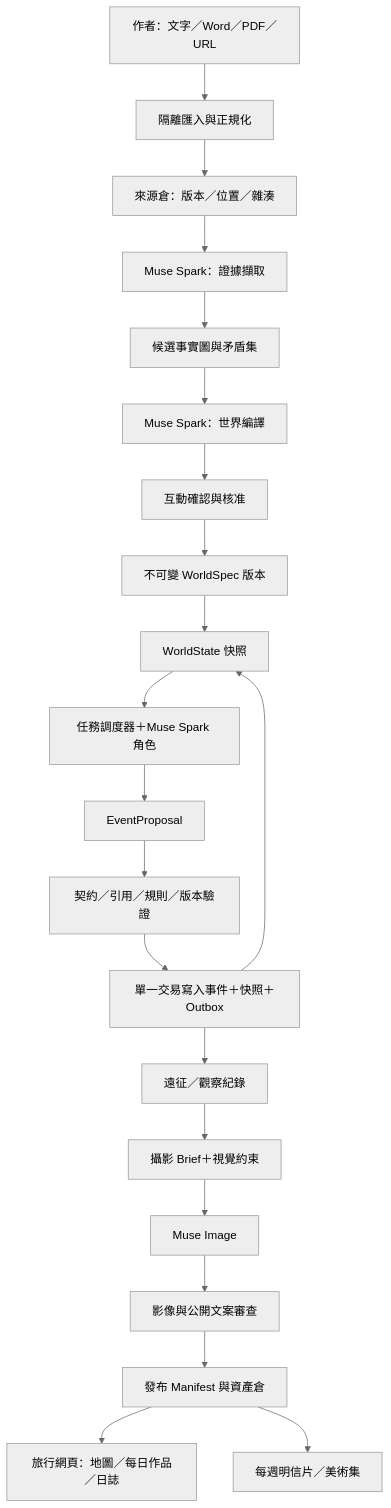
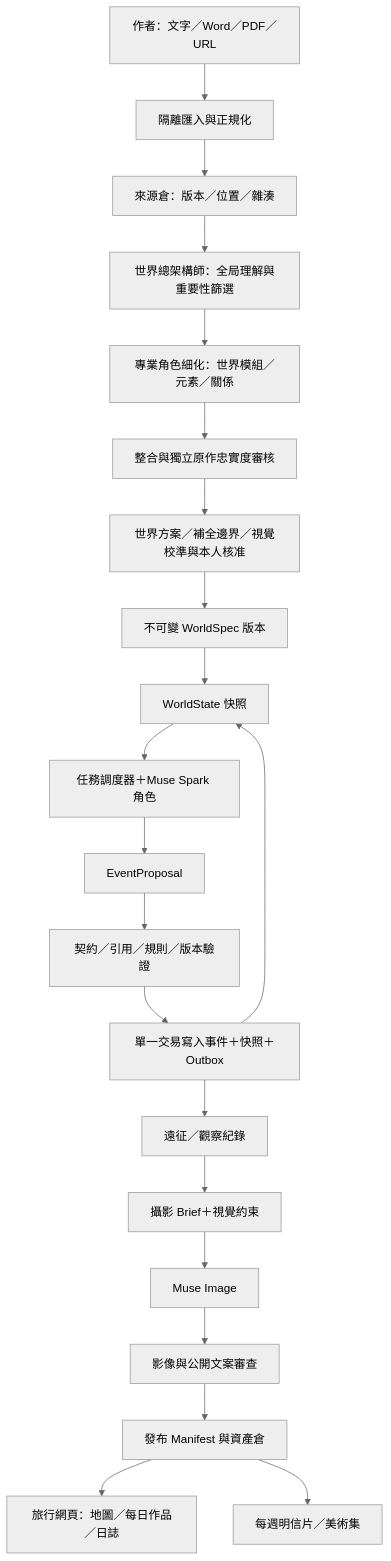
One commit to mkhsu2002/Agentic-Life-World-Studio changed the first of 3 diagrams in docs/PRD.md. Above: the diagram before and after it, drawn with Mermaid (neutral theme). The commit also changed other lines of this file and 4 other files, not shown here.

````diff
--- a/docs/PRD.md
+++ b/docs/PRD.md
@@ -94,23 +98,23 @@
 ```mermaid
 flowchart TD
     U[作者：文字／Word／PDF／URL] --> I[隔離匯入與正規化]
     I --> D[來源倉：版本／位置／雜湊]
-    D --> X[Muse Spark：證據擷取]
-    X --> G[候選事實圖與矛盾集]
-    G --> C[Muse Spark：世界編譯]
-    C --> H[互動確認與核准]
+    D --> X[世界總架構師：全局理解與重要性篩選]
+    X --> G[專業角色細化：世界模組／元素／關係]
+    G --> C[整合與獨立原作忠實度審核]
+    C --> H[世界方案／補全邊界／視覺校準與本人核准]
     H --> W[不可變 WorldSpec 版本]
     W --> S[WorldState 快照]
     S --> O[任務調度器＋Muse Spark 角色]
     O --> P[EventProposal]
     P --> V[契約／引用／規則／版本驗證]
     V --> T[單一交易寫入事件＋快照＋Outbox]
     T --> S
     T --> E[遠征／觀察紀錄]
     E --> B[攝影 Brief＋視覺約束]
     B --> M[Muse Image]
     M --> Q[影像與公開文案審查]
     Q --> A[發布 Manifest 與資產倉]
     A --> F[旅行網頁：地圖／每日作品／日誌]
     A --> K[每週明信片／美術集]
 ```
````
